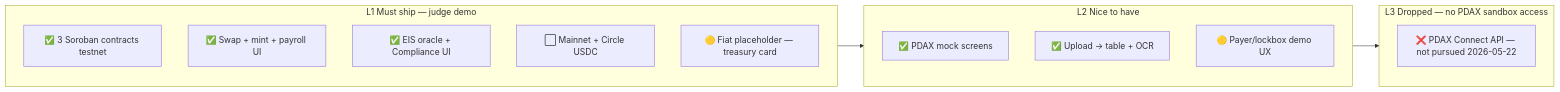
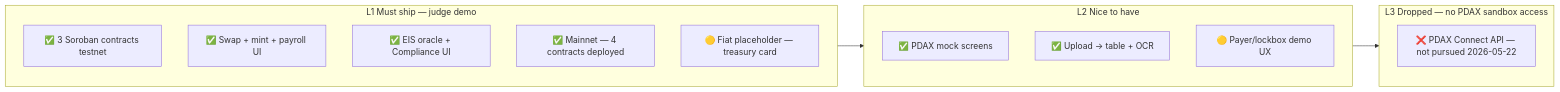
Before and after one commit to Axon-Enjin/axial: the seventh of 8 diagrams in docs/flow.md, drawn with Mermaid. The commit also changed other lines of this file and 8 other files, not shown here.

````diff
--- a/docs/flow.md
+++ b/docs/flow.md
@@ -300,22 +300,22 @@
 ```mermaid
 flowchart LR
   subgraph L1 [L1 Must ship — judge demo]
     L1a["✅ 3 Soroban contracts testnet"]
     L1b["✅ Swap + mint + payroll UI"]
     L1c["✅ EIS oracle + Compliance UI"]
-    L1d["⬜ Mainnet + Circle USDC"]
+    L1d["✅ Mainnet — 4 contracts deployed"]
     L1e["🟡 Fiat placeholder — treasury card"]
   end
 
   subgraph L2 [L2 Nice to have]
     L2a["✅ PDAX mock screens"]
     L2b["✅ Upload → table + OCR"]
     L2c["🟡 Payer/lockbox demo UX"]
   end
 
   subgraph L3 [L3 Dropped — no PDAX sandbox access]
     L3a["❌ PDAX Connect API — not pursued 2026-05-22"]
   end
 
   L1 --> L2 --> L3
 ```
````
